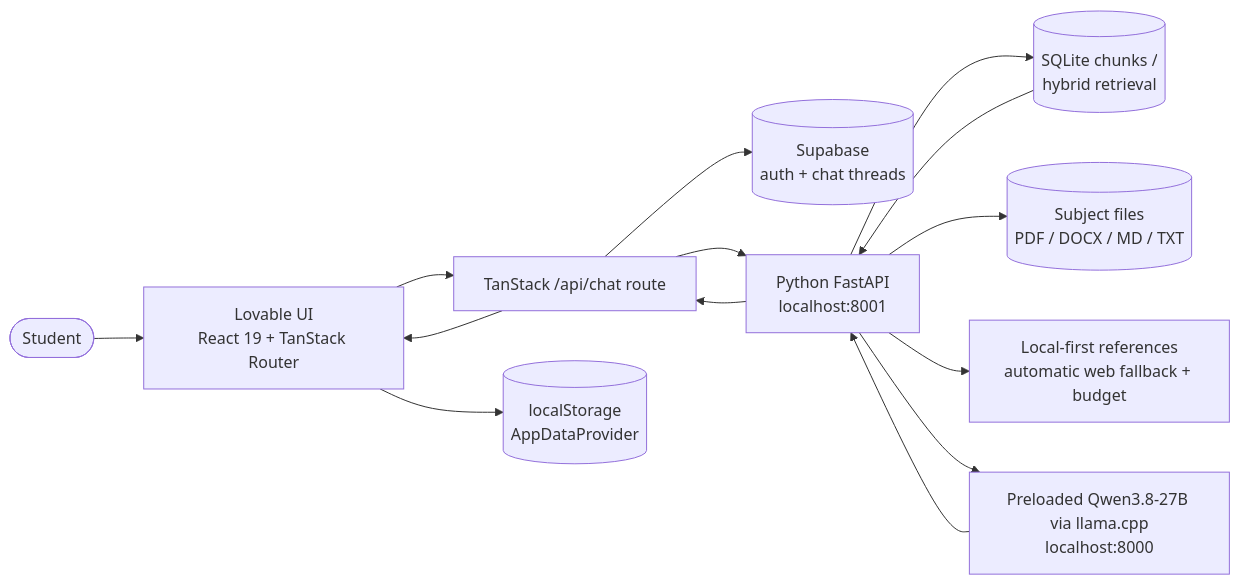
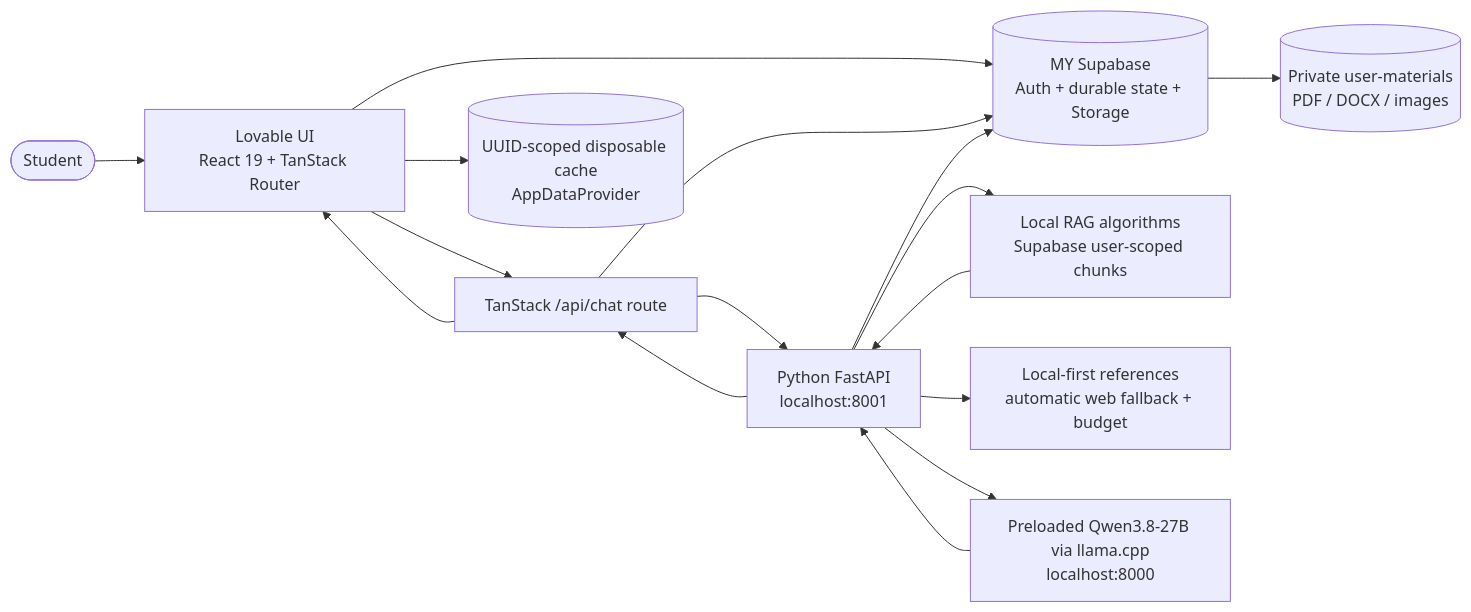
One commit to keyshavmor/study-swiss-star changed the diagram in lovabledocs/FRONTEND_ARCHITECTURE.md. Above: the diagram before and after it, drawn with Mermaid. The commit also changed other lines of this file and 118 other files, not shown here.

````diff
--- a/lovabledocs/FRONTEND_ARCHITECTURE.md
+++ b/lovabledocs/FRONTEND_ARCHITECTURE.md
@@ -133,16 +134,18 @@
 ```mermaid
 graph LR
     Student([Student]) --> UI[Lovable UI<br/>React 19 + TanStack Router]
     UI --> SF[TanStack /api/chat route]
-    SF --> SB[(Supabase<br/>auth + chat threads)]
+    UI --> SB[(MY Supabase<br/>Auth + durable state + Storage)]
+    SF --> SB
     SF --> PY[Python FastAPI<br/>localhost:8001]
-    PY --> RAG[(SQLite chunks /<br/>hybrid retrieval)]
-    PY --> FILES[(Subject files<br/>PDF / DOCX / MD / TXT)]
+    PY --> RAG[Local RAG algorithms<br/>Supabase user-scoped chunks]
+    SB --> FILES[(Private user-materials<br/>PDF / DOCX / images)]
+    PY --> SB
     PY --> WEB[Local-first references<br/>automatic web fallback + budget]
     PY --> LLM[Preloaded Qwen3.8-27B via llama.cpp<br/>localhost:8000]
     RAG --> PY
     LLM --> PY
     PY --> SF
     SF --> UI
-    UI --> LS[(localStorage<br/>AppDataProvider)]
+    UI --> CACHE[(UUID-scoped disposable cache<br/>AppDataProvider)]
 ```
````
